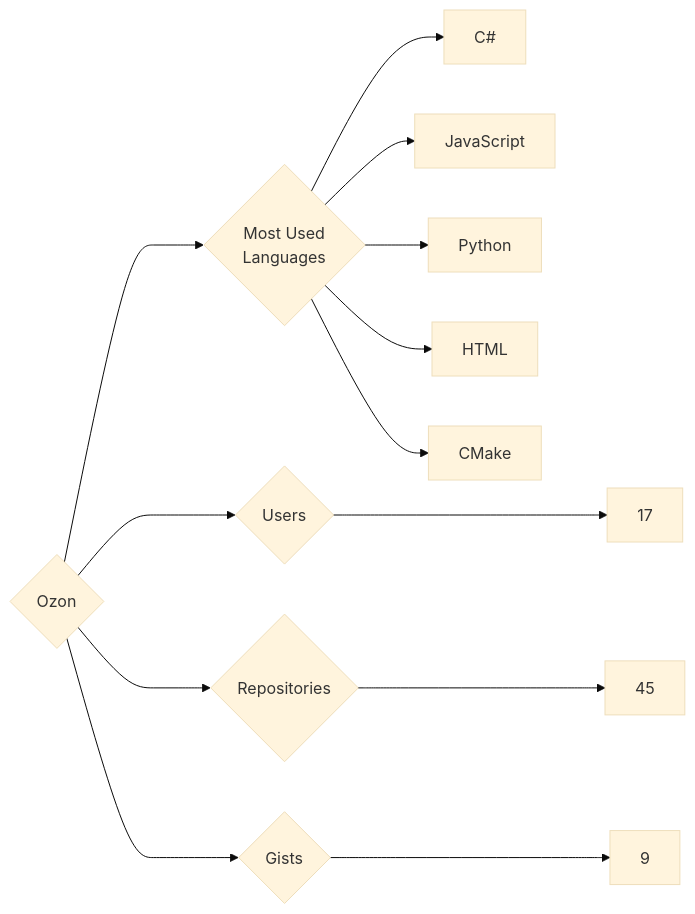
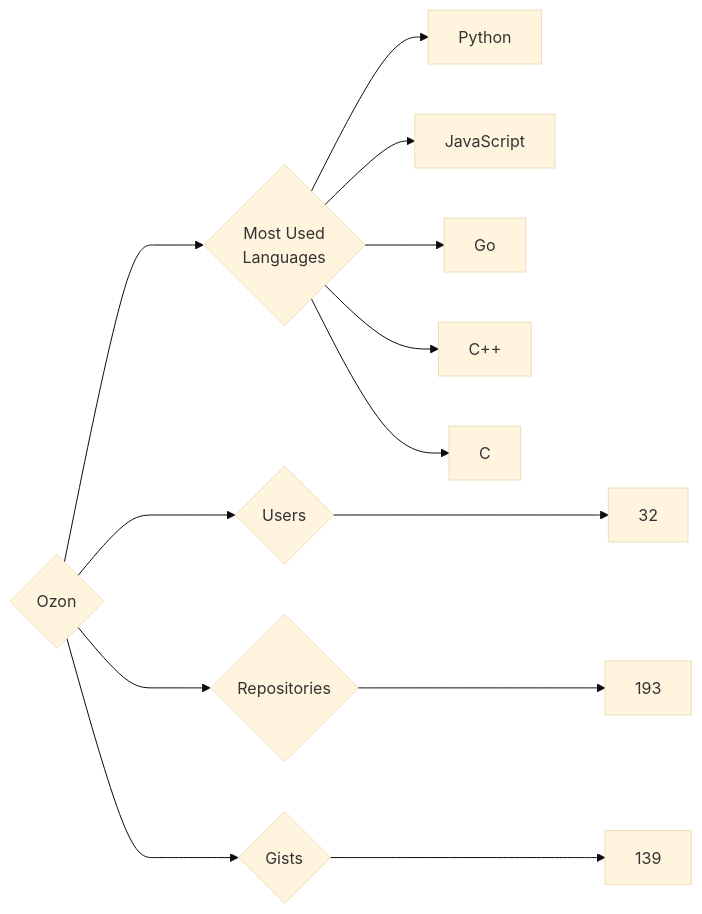
Before and after one commit to trickest/insiders: the diagram in targets/Ozon/README.md, drawn with Mermaid (base theme). The commit also changed 995 other files, not shown here.

````diff
--- a/targets/Ozon/README.md
+++ b/targets/Ozon/README.md
@@ -3,13 +3,13 @@
 ```mermaid
 graph LR
 COMPANY_NAME{Ozon}
-COMPANY_NAME ---> U{Users} ---> UN[17]
-COMPANY_NAME ---> R{Repositories} ---> RN[45]
-COMPANY_NAME ---> G{Gists} ---> GN[9]
+COMPANY_NAME ---> U{Users} ---> UN[32]
+COMPANY_NAME ---> R{Repositories} ---> RN[193]
+COMPANY_NAME ---> G{Gists} ---> GN[139]
 COMPANY_NAME ---> ML{Most Used<br>Languages}
-ML --> C#[C#]
+ML --> Python[Python]
 ML --> JavaScript[JavaScript]
-ML --> Python[Python]
-ML --> HTML[HTML]
-ML --> CMake[CMake]
+ML --> Go[Go]
+ML --> C++[C++]
+ML --> C[C]
 ```
````
